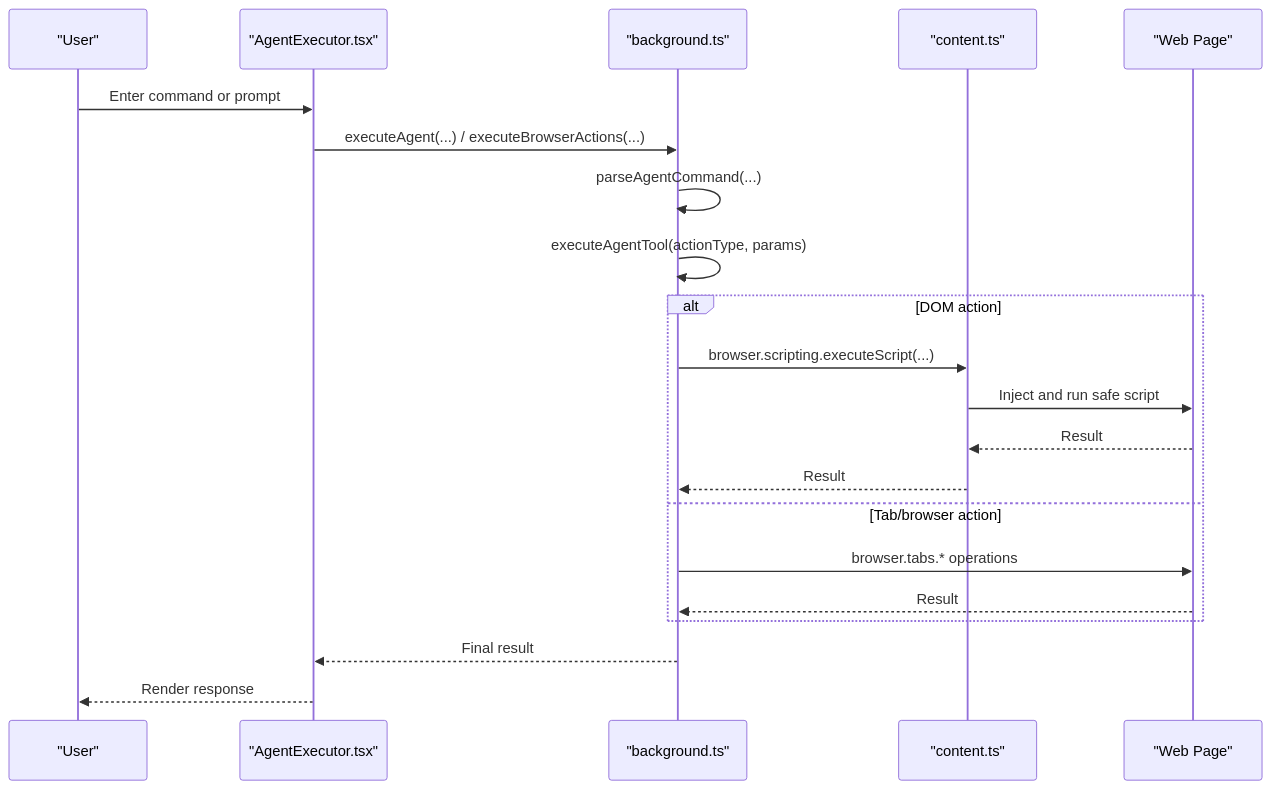
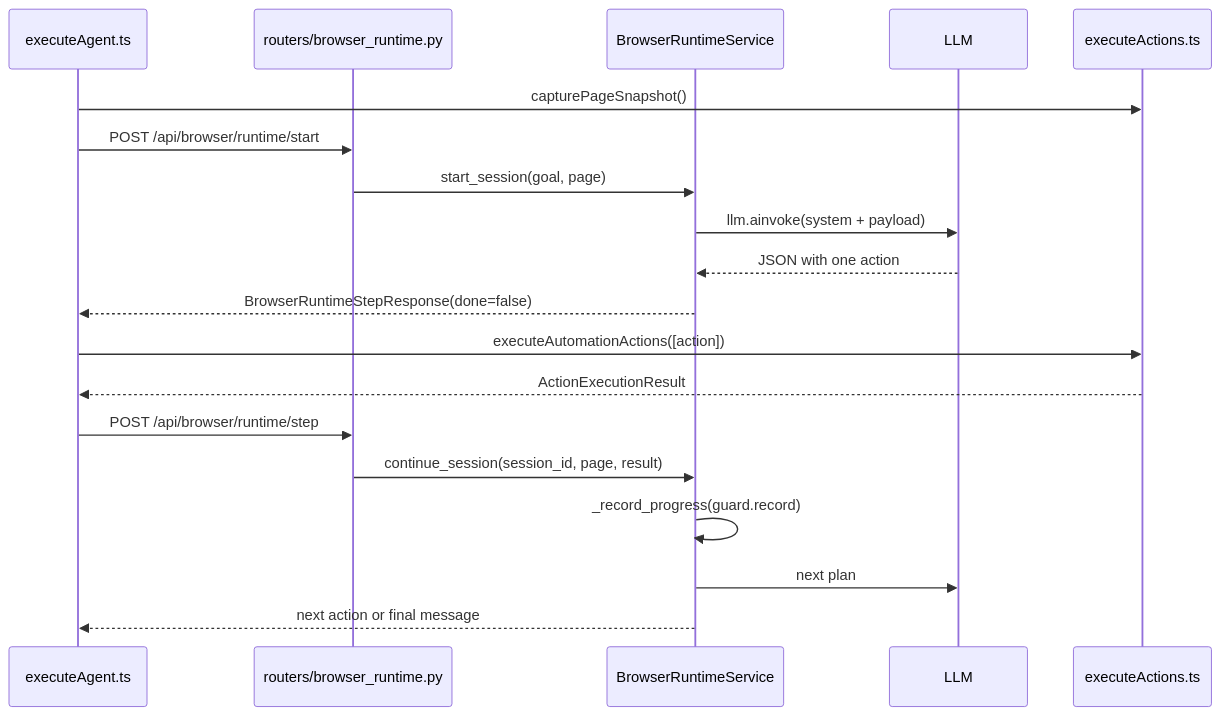
The second of 4 diagrams in src/data/docs/agentic-browser/Browser Automation/Browser Automation.md (tashifkhan/tashif.codes), drawn with Mermaid before and after one commit. The commit also changed other lines of this file and 114 other files, not shown here.

````diff
--- a/src/data/docs/agentic-browser/Browser Automation/Browser Automation.md
+++ b/src/data/docs/agentic-browser/Browser Automation/Browser Automation.md
@@ -53,23 +70,21 @@
 ```mermaid
 sequenceDiagram
-participant User as "User"
-participant UI as "AgentExecutor.tsx"
-participant BG as "background.ts"
-participant CS as "content.ts"
-participant Page as "Web Page"
-User->>UI : Enter command or prompt
-UI->>BG : executeAgent(...) / executeBrowserActions(...)
-BG->>BG : parseAgentCommand(...)
-BG->>BG : executeAgentTool(actionType, params)
-alt DOM action
-BG->>CS : browser.scripting.executeScript(...)
-CS->>Page : Inject and run safe script
-Page-->>CS : Result
-CS-->>BG : Result
-else Tab/browser action
-BG->>Page : browser.tabs.* operations
-Page-->>BG : Result
-end
-BG-->>UI : Final result
-UI-->>User : Render response
+  participant UI as executeAgent.ts
+  participant API as routers/browser_runtime.py
+  participant S as BrowserRuntimeService
+  participant M as LLM
+  participant X as executeActions.ts
+  UI->>X: capturePageSnapshot()
+  UI->>API: POST /api/browser/runtime/start
+  API->>S: start_session(goal, page)
+  S->>M: llm.ainvoke(system + payload)
+  M-->>S: JSON with one action
+  S-->>UI: BrowserRuntimeStepResponse(done=false)
+  UI->>X: executeAutomationActions([action])
+  X-->>UI: ActionExecutionResult
+  UI->>API: POST /api/browser/runtime/step
+  API->>S: continue_session(session_id, page, result)
+  S->>S: _record_progress(guard.record)
+  S->>M: next plan
+  S-->>UI: next action or final message
 ```
````
